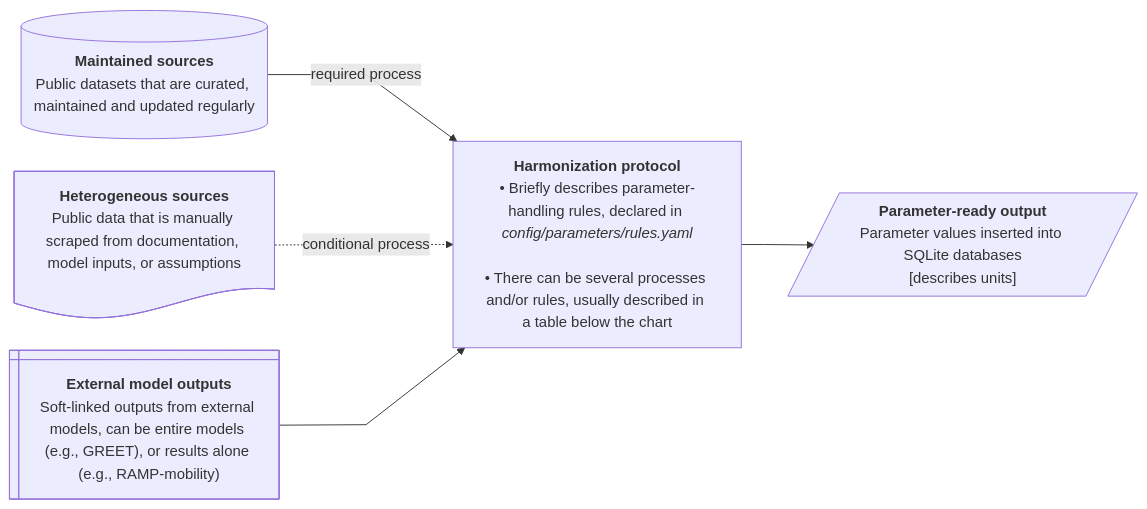
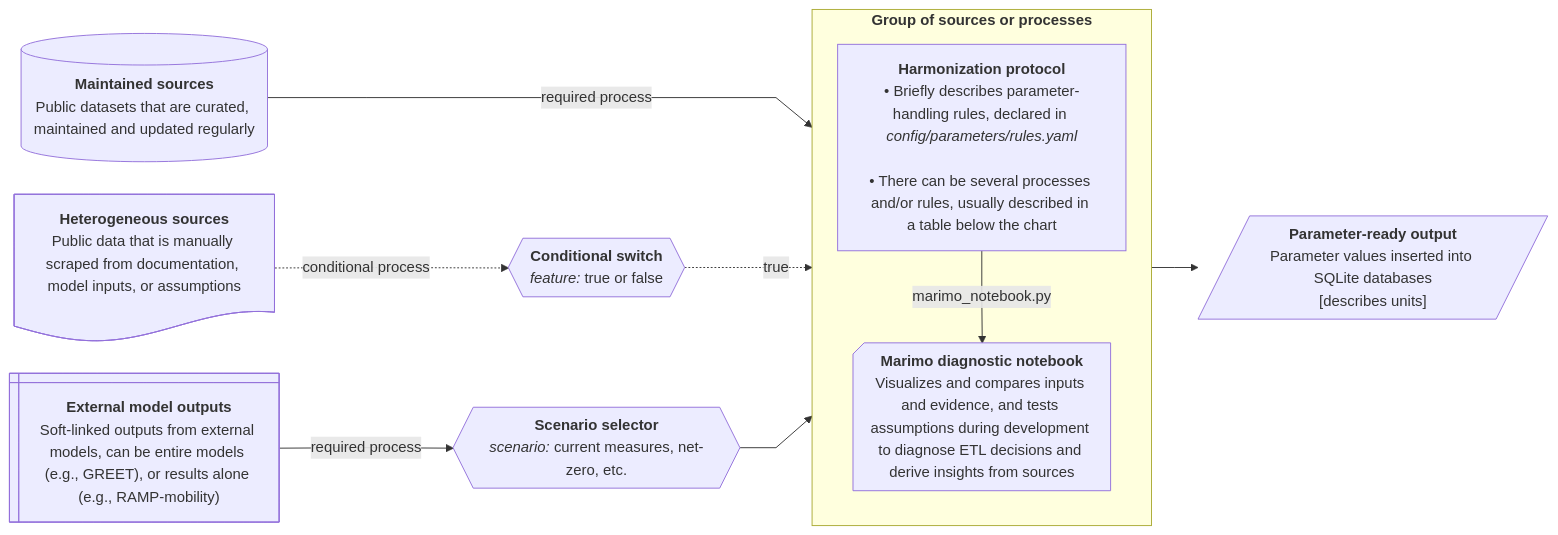
The third of 14 diagrams in README.md (CANOE-main/canoe-transportation), drawn with Mermaid before and after one commit. The commit also changed other lines of this file and 14 other files, not shown here.

First line of the commit message:
Refactor ETL workflow and add tests

````diff
--- a/README.md
+++ b/README.md
@@ -210,25 +236,42 @@
 ```mermaid
 ---
 config:
   layout: dagre
   flowchart:
     nodeSpacing: 35
     rankSpacing: 50
     wrappingWidth: 250
     curve: linear
 ---
 flowchart LR
-  %% --- Sources ---
-  s0[("`**Maintained sources**<br>Public datasets that are curated, maintained and updated regularly`")]
-  s1@{shape: doc, label: "**Heterogeneous sources**<br>Public data that is manually scraped from documentation, model inputs, or assumptions"}
-  s2@{shape: win-pane, label: "**External model outputs**<br>Soft-linked outputs from external models, can be entire models (e.g., GREET), or results alone (e.g., RAMP-mobility)" }
+  %% ########### Sources ###########
+  s0[("`**Maintained sources**
+    Public datasets that are curated, maintained and updated regularly`")]
+  s1@{shape: doc, label: "**Heterogeneous sources**
+    Public data that is manually scraped from documentation, model inputs, or assumptions"}
+  s2@{shape: win-pane, label: "**External model outputs**
+    Soft-linked outputs from external models, can be entire models (e.g., GREET), or results alone (e.g., RAMP-mobility)" }
 
-  %% --- Processes ---
-  p1["`**Harmonization protocol**<br>• Briefly describes parameter-handling rules, declared in *config/parameters/rules.yaml*<br><br>• There can be several processes and/or rules, usually described in a table below the chart`"]
+  %% ########### Processes ###########
+  p0@{shape: hex, label: "**Conditional switch**
+    *feature:* true or false"}
+  p0_2@{shape: hex, label: "**Scenario selector**
+    *scenario:* current measures, net-zero, etc."}
+  subgraph process["`**Group of sources or processes**`"]
+    direction TB
+    p1["`**Harmonization protocol**
+      • Briefly describes parameter-handling rules, declared in *config/parameters/rules.yaml*<br>
+      • There can be several processes and/or rules, usually described in a table below the chart`"]
+    p2@{shape: notch-rect, label: "**Marimo diagnostic notebook**
+      Visualizes and compares inputs and evidence, and tests assumptions during development to diagnose ETL decisions and derive insights from sources"}
+    p1 -- marimo_notebook.py --> p2
+  end
 
-  s0 -- required process --> p1
-  s1 -. conditional process .-> p1
-  s2 --> p1
+  s0 -- required process ---> process
+  s1 -. conditional process .-> p0 -. true .-> process
+  s2 -- required process --> p0_2 --> process
 
-  p1 --> o1[/"`**Parameter-ready output**<br>Parameter values inserted into SQLite databases<br>[describes units]`"/]
+  process --> o1[/"`**Parameter-ready output**
+    Parameter values inserted into SQLite databases
+    [describes units]`"/]
 ```
````
